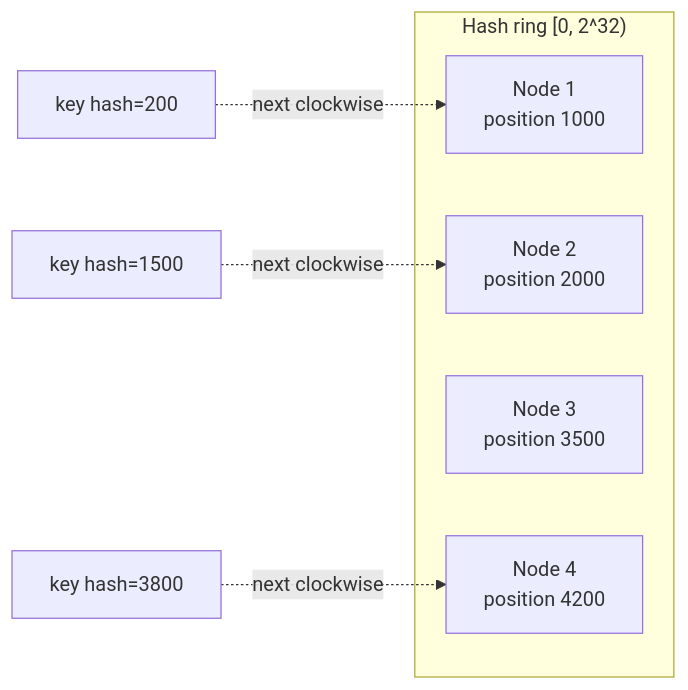
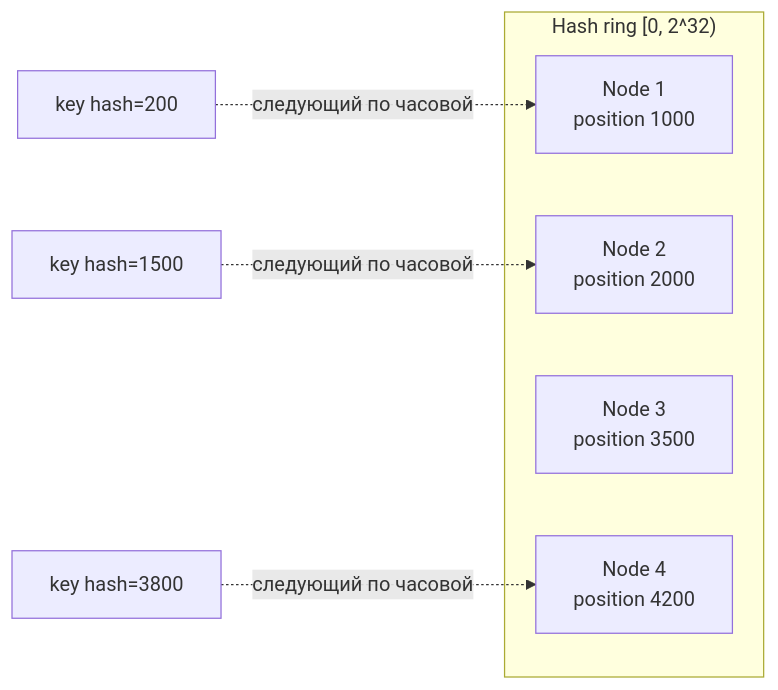
One commit to fev0ks/LearnGoLang changed the first of 6 diagrams in docs/senior-golang-study/05-system-design/highload-design-patterns.md. Above: the diagram before and after it, drawn with Mermaid. The commit also changed other lines of this file, not shown here.

````diff
--- a/docs/senior-golang-study/05-system-design/highload-design-patterns.md
+++ b/docs/senior-golang-study/05-system-design/highload-design-patterns.md
@@ -244,13 +311,13 @@
 ```mermaid
 flowchart LR
     subgraph Ring["Hash ring [0, 2^32)"]
         N1[Node 1<br/>position 1000]
         N2[Node 2<br/>position 2000]
         N3[Node 3<br/>position 3500]
         N4[Node 4<br/>position 4200]
     end
 
-    K1[key hash=1500] -.->|next clockwise| N2
-    K2[key hash=3800] -.->|next clockwise| N4
-    K3[key hash=200] -.->|next clockwise| N1
+    K1[key hash=1500] -.->|следующий по часовой| N2
+    K2[key hash=3800] -.->|следующий по часовой| N4
+    K3[key hash=200] -.->|следующий по часовой| N1
 ```
````
